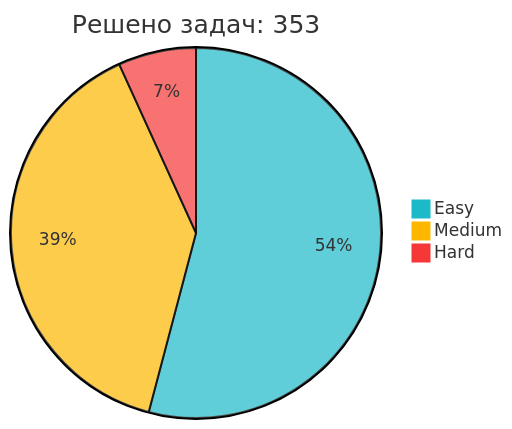
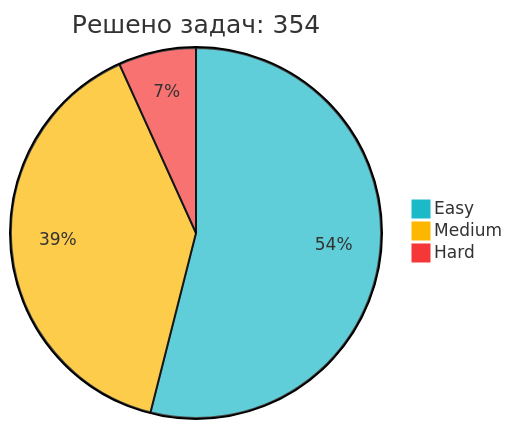
The diagram in README.md (IliaKurdukov/IliaKurdukov), drawn with Mermaid before and after one commit. The commit also changed other lines of this file, not shown here.

Commit message:
📈 Обновление статистики LeetCode

````diff
--- a/README.md
+++ b/README.md
@@ -51,7 +51,7 @@
 ```mermaid
 %%{init: {'theme': 'base', 'themeVariables': { 'pie1': '#1CBAC8', 'pie2': '#FEB700', 'pie3': '#F63737' }, 'config': {'width': 300, 'height': 200}}}%%
-pie title Решено задач: 353
+pie title Решено задач: 354
    "Easy" : 191
-   "Medium" : 138
+   "Medium" : 139
    "Hard" : 24
 ```
````
